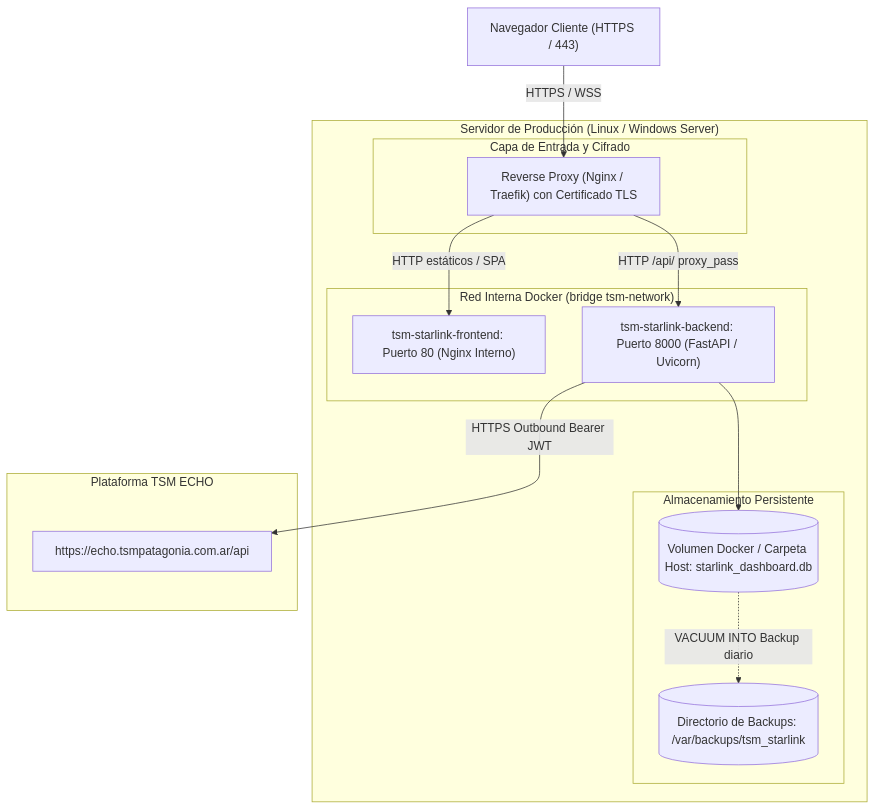
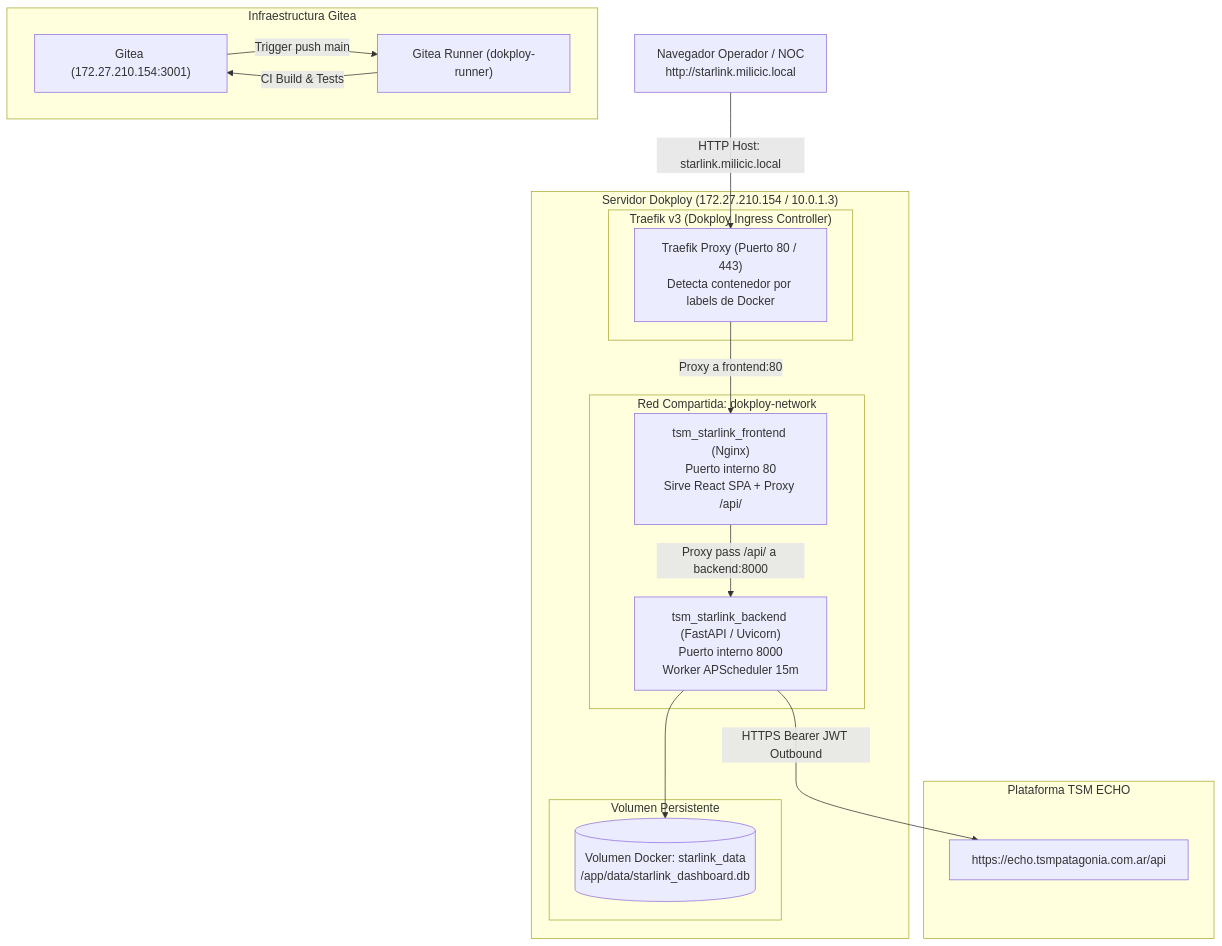
Before and after one commit to larentimatias7-oss/startlnk: the diagram in docs/DEPLOYMENT.md, drawn with Mermaid. The commit also changed other lines of this file and 2 other files, not shown here.

Commit message:
docs: update full documentation suite with Milicic UI, Dokploy/Traefik routing and Gitea CI/CD

````diff
--- a/docs/DEPLOYMENT.md
+++ b/docs/DEPLOYMENT.md
@@ -31,31 +32,36 @@
 ```mermaid
 graph TD
-    Client["Navegador Cliente (HTTPS / 443)"]
+    Client["Navegador Operador / NOC\nhttp://starlink.milicic.local"]
     
-    subgraph Host ["Servidor de Producción (Linux / Windows Server)"]
-        subgraph Ingress ["Capa de Entrada y Cifrado"]
-            Proxy["Reverse Proxy (Nginx / Traefik) con Certificado TLS"]
+    subgraph Host ["Servidor Dokploy (172.27.210.154 / 10.0.1.3)"]
+        subgraph Ingress ["Traefik v3 (Dokploy Ingress Controller)"]
+            Traefik["Traefik Proxy (Puerto 80 / 443)\nDetecta contenedor por labels de Docker"]
         end
 
-        subgraph Containers ["Red Interna Docker (bridge tsm-network)"]
-            Frontend["tsm-starlink-frontend: Puerto 80 (Nginx Interno)"]
-            Backend["tsm-starlink-backend: Puerto 8000 (FastAPI / Uvicorn)"]
+        subgraph DockerNet ["Red Compartida: dokploy-network"]
+            Frontend["tsm_starlink_frontend (Nginx)\nPuerto interno 80\nSirve React SPA + Proxy /api/"]
+            Backend["tsm_starlink_backend (FastAPI / Uvicorn)\nPuerto interno 8000\nWorker APScheduler 15m"]
         end
 
-        subgraph Storage ["Almacenamiento Persistente"]
-            DBVolume[("Volumen Docker / Carpeta Host: starlink_dashboard.db")]
-            BackupDir[("Directorio de Backups: /var/backups/tsm_starlink")]
+        subgraph Storage ["Volumen Persistente"]
+            DBVolume[("Volumen Docker: starlink_data\n/app/data/starlink_dashboard.db")]
         end
     end
 
-    subgraph External ["Plataforma TSM ECHO"]
+    subgraph CI_CD ["Infraestructura Gitea"]
+        GiteaServer["Gitea (172.27.210.154:3001)"]
+        Runner["Gitea Runner (dokploy-runner)"]
+        GiteaServer -->|Trigger push main| Runner
+    end
+
+    subgraph Upstream ["Plataforma TSM ECHO"]
         EchoAPI["https://echo.tsmpatagonia.com.ar/api"]
     end
 
-    Client -->|HTTPS / WSS| Proxy
-    Proxy -->|HTTP estáticos / SPA| Frontend
-    Proxy -->|HTTP /api/ proxy_pass| Backend
+    Client -->|HTTP Host: starlink.milicic.local| Traefik
+    Traefik -->|Proxy a frontend:80| Frontend
+    Frontend -->|Proxy pass /api/ a backend:8000| Backend
     Backend --> DBVolume
-    Backend -->|HTTPS Outbound Bearer JWT| EchoAPI
-    DBVolume -.->|VACUUM INTO Backup diario| BackupDir
+    Backend -->|HTTPS Bearer JWT Outbound| EchoAPI
+    Runner -->|CI Build & Tests| GiteaServer
 ```
````
